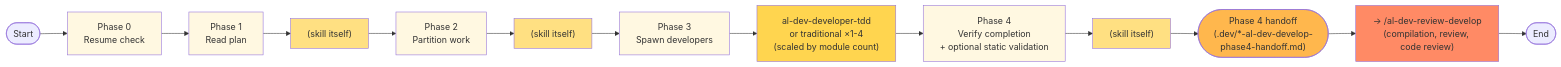
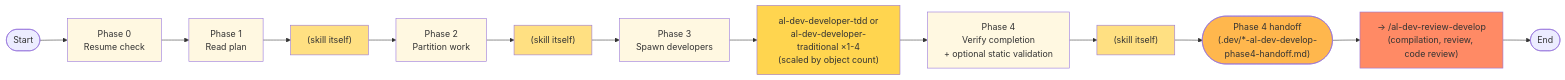
The sixth of 21 diagrams in docs/al-dev-skills-map.md (russell-laing/al-dev-shared), drawn with Mermaid before and after one commit. The commit also changed other lines of this file and 1 other file, not shown here.

Commit message:
docs: sync AL agent and skill maps to current state

````diff
--- a/docs/al-dev-skills-map.md
+++ b/docs/al-dev-skills-map.md
@@ -217,27 +217,27 @@
 ```mermaid
 flowchart LR
     Start([Start]) --> Phase0["Phase 0<br/>Resume check"]
     Phase0 --> Phase1["Phase 1<br/>Read plan"]
     Phase1 --> SkillWork1["(skill itself)"]
     SkillWork1 --> Phase2["Phase 2<br/>Partition work"]
     Phase2 --> SkillWork2["(skill itself)"]
     SkillWork2 --> Phase3["Phase 3<br/>Spawn developers"]
-    Phase3 --> DevAgent["al-dev-developer-tdd<br/>or traditional ×1-4<br/>(scaled by module count)"]
+    Phase3 --> DevAgent["al-dev-developer-tdd or<br/>al-dev-developer-traditional ×1-4<br/>(scaled by object count)"]
     DevAgent --> Phase4["Phase 4<br/>Verify completion<br/>+ optional static validation"]
     Phase4 --> SkillWork3["(skill itself)"]
     SkillWork3 --> Handoff(["Phase 4 handoff<br/>(.dev/*-al-dev-develop-phase4-handoff.md)"])
     Handoff --> ReviewDevelop["→ /al-dev-review-develop<br/>(compilation, review, code review)"]
     ReviewDevelop --> End([End])
 
     style Phase0 fill:#fff8e1
     style Phase1 fill:#fff8e1
     style Phase2 fill:#fff8e1
     style Phase3 fill:#fff8e1
     style Phase4 fill:#fff8e1
     style SkillWork1 fill:#ffe082
     style SkillWork2 fill:#ffe082
     style SkillWork3 fill:#ffe082
     style DevAgent fill:#ffd54f
     style Handoff fill:#ffb74d
     style ReviewDevelop fill:#ff8a65
 ```
````
